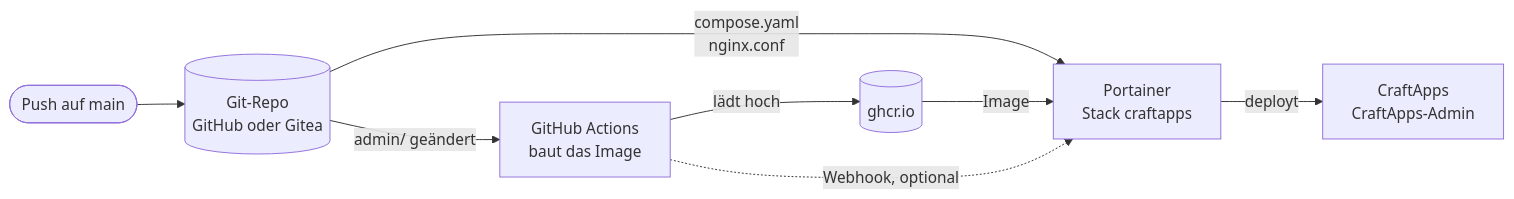
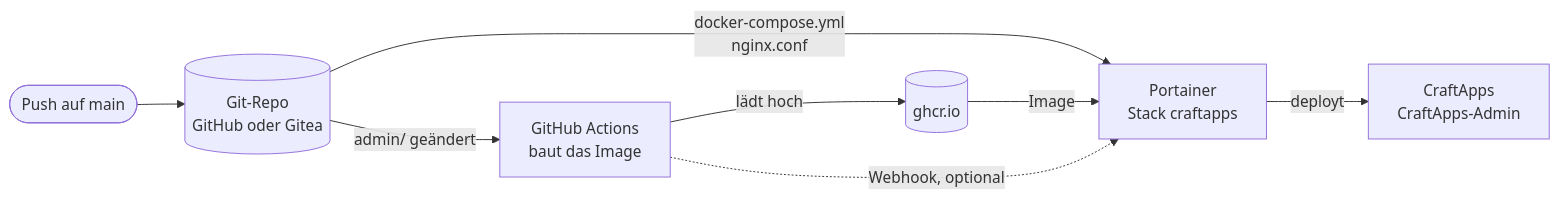
Before and after one commit to Pr0gh4nt3r/CraftApps: the first of 4 diagrams in README.de.md, drawn with Mermaid. The commit also changed other lines of this file and 8 other files, not shown here.

First line of the commit message:
refactor(compose): rename the compose files to docker-compose.yml

````diff
--- a/README.de.md
+++ b/README.de.md
@@ -50,10 +50,10 @@
 ```mermaid
 flowchart LR
   push(["Push auf main"]) --> repo[("Git-Repo<br/>GitHub oder Gitea")]
   repo -->|"admin/ geändert"| build["GitHub Actions<br/>baut das Image"]
   build -->|"lädt hoch"| ghcr[("ghcr.io")]
-  repo -->|"compose.yaml<br/>nginx.conf"| portainer["Portainer<br/>Stack craftapps"]
+  repo -->|"docker-compose.yml<br/>nginx.conf"| portainer["Portainer<br/>Stack craftapps"]
   ghcr -->|"Image"| portainer
   portainer -->|"deployt"| pi["CraftApps<br/>CraftApps-Admin"]
   build -.->|"Webhook, optional"| portainer
 ```
````
